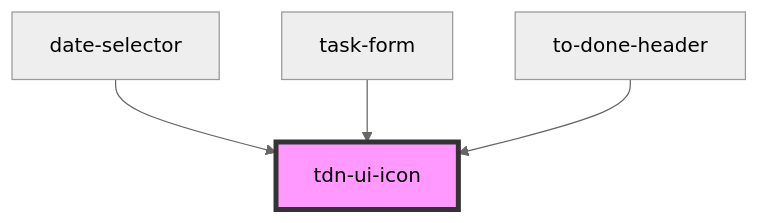
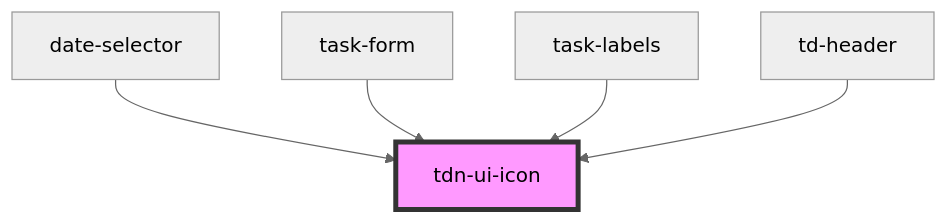
The diagram in libs/ui/src/components/design-system/icon/readme.md (ajarana/to-done), drawn with Mermaid (neutral theme) before and after one commit. The commit also changed other lines of this file and 63 other files, not shown here.

````diff
--- a/libs/ui/src/components/design-system/icon/readme.md
+++ b/libs/ui/src/components/design-system/icon/readme.md
@@ -28,7 +29,8 @@
 ```mermaid
 graph TD;
   date-selector --> tdn-ui-icon
   task-form --> tdn-ui-icon
-  to-done-header --> tdn-ui-icon
+  task-labels --> tdn-ui-icon
+  td-header --> tdn-ui-icon
   style tdn-ui-icon fill:#f9f,stroke:#333,stroke-width:4px
 ```
````
